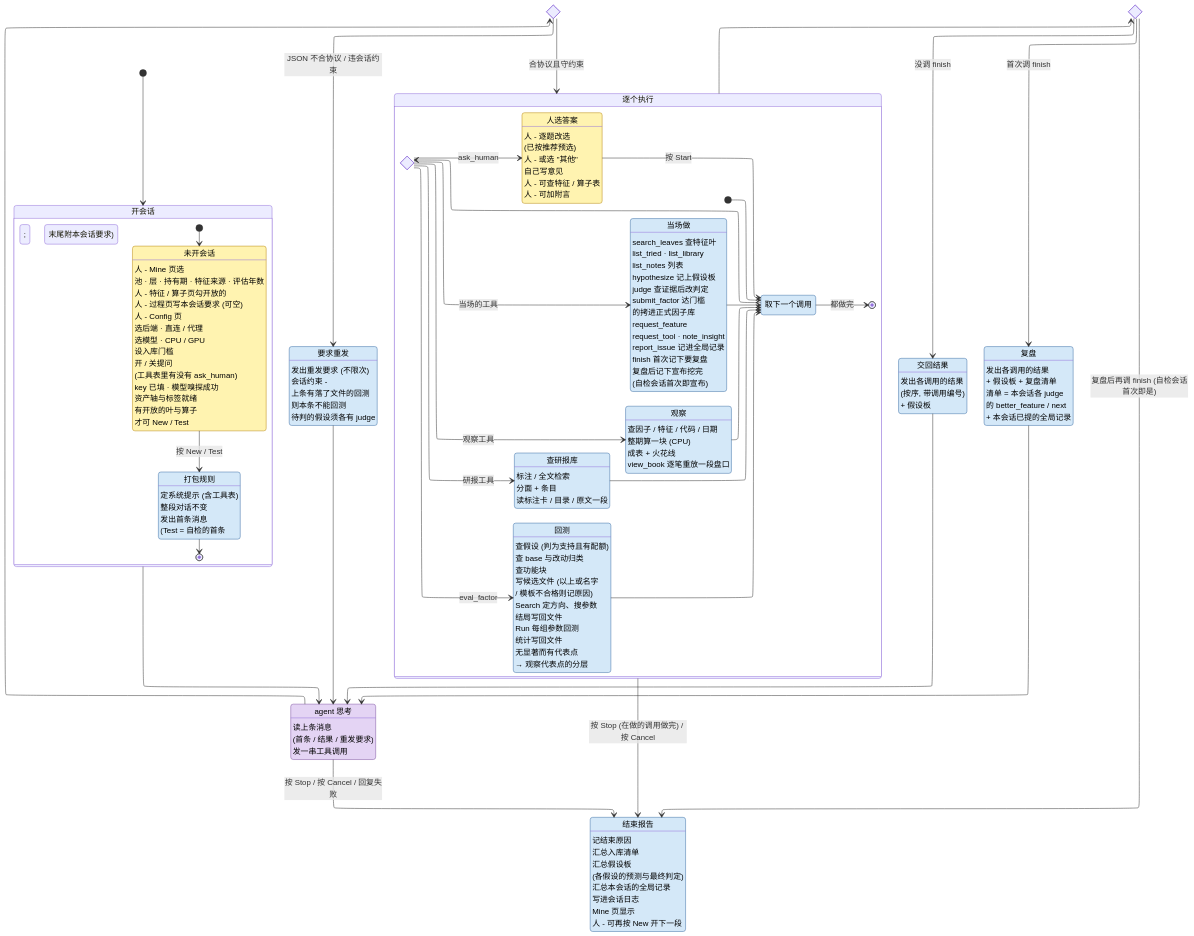
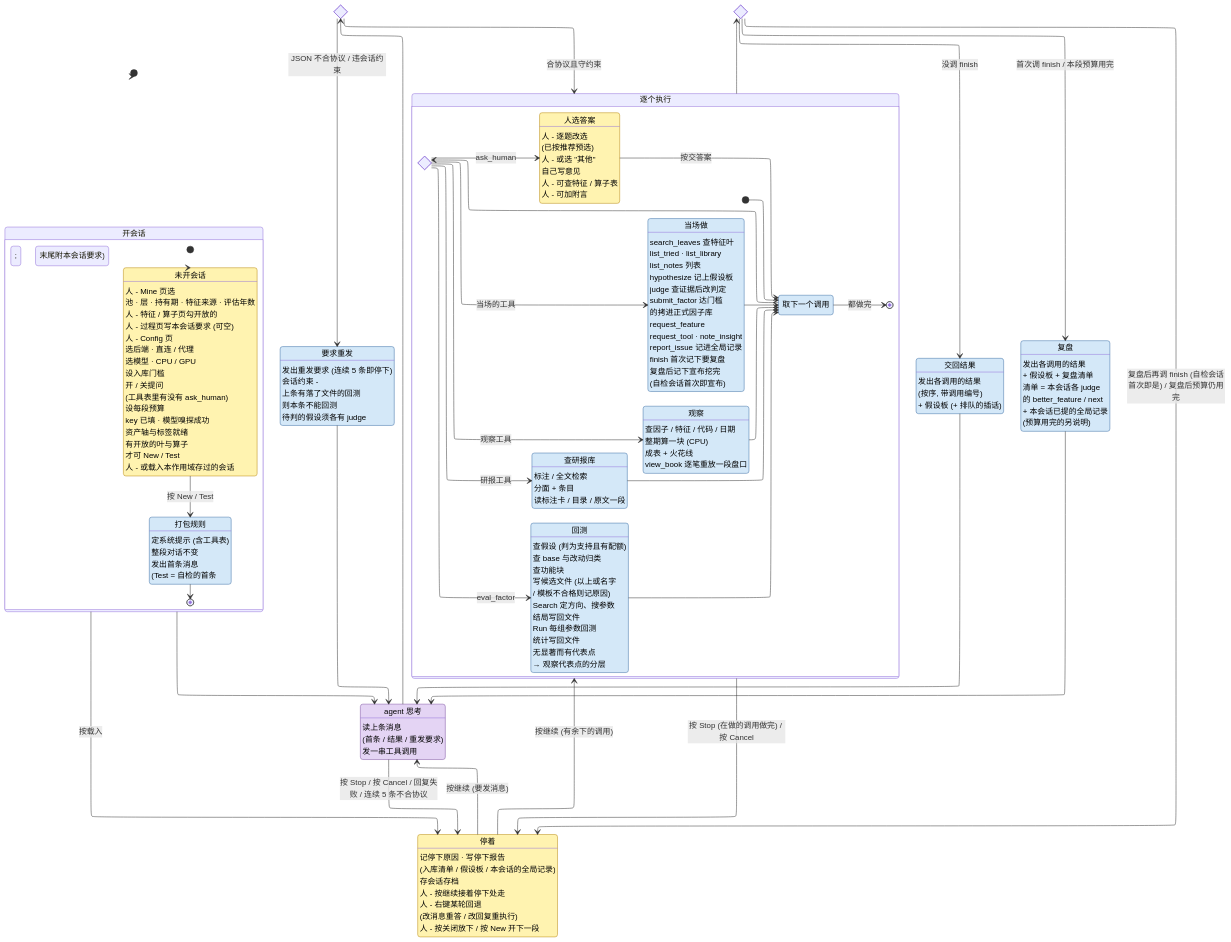
Before and after one commit to CoCoMilkyWay/stk: the diagram in AGENT.md, drawn with Mermaid. The commit also changed other lines of this file and 33 other files, not shown here.

````diff
--- a/AGENT.md
+++ b/AGENT.md
@@ -66,10 +72,12 @@
         None : 设入库门槛
         None : 开 / 关提问
         None : (工具表里有没有 ask_human)
+        None : 设每段预算
         None : key 已填 · 模型嗅探成功
         None : 资产轴与标签就绪
         None : 有开放的叶与算子
         None : 才可 New / Test
+        None : 人 - 或载入本作用域存过的会话
         state "打包规则" as Pack
         Pack : 定系统提示 (含工具表)
         Pack : 整段对话不变
@@ -87,7 +95,7 @@
     Think : 发一串工具调用
     state Format <<choice>>
     state "要求重发" as Retry
-    Retry : 发出重发要求 (不限次)
+    Retry : 发出重发要求 (连续 5 条即停下)
     Retry : 会话约束 -
     Retry : 上条有落了文件的回测
     Retry : 则本条不能回测
@@ -151,50 +159,53 @@
         Look --> Next
         Docs --> Next
         Eval --> Next
-        Choose --> Next : 按 Start
+        Choose --> Next : 按交答案
         Next --> [*] : 都做完
     }
     state Fin <<choice>>
     state "交回结果" as Round
     Round : 发出各调用的结果
     Round : (按序, 带调用编号)
-    Round : + 假设板
+    Round : + 假设板 (+ 排队的插话)
     state "复盘" as Review
     Review : 发出各调用的结果
     Review : + 假设板 + 复盘清单
     Review : 清单 = 本会话各 judge
     Review : 的 better_feature / next
     Review : + 本会话已提的全局记录
+    Review : (预算用完的另说明)
 
-    state "结束报告" as Report
-    Report : 记结束原因
-    Report : 汇总入库清单
-    Report : 汇总假设板
-    Report : (各假设的预测与最终判定)
-    Report : 汇总本会话的全局记录
-    Report : 写进会话日志
-    Report : Mine 页显示
-    Report : 人 - 可再按 New 开下一段
+    state "停着" as Pause
+    Pause : 记停下原因 · 写停下报告
+    Pause : (入库清单 / 假设板 / 本会话的全局记录)
+    Pause : 存会话存档
+    Pause : 人 - 按继续接着停下处走
+    Pause : 人 - 右键某轮回退
+    Pause : (改消息重答 / 改回复重执行)
+    Pause : 人 - 按关闭放下 / 按 New 开下一段
 
     [*] --> GOpen
     GOpen --> Think
+    GOpen --> Pause : 按载入
     Think --> Format
     Format --> Retry : JSON 不合协议 / 违会话约束
     Format --> GAct : 合协议且守约束
     Retry --> Think
     GAct --> Fin
     Fin --> Round : 没调 finish
-    Fin --> Review : 首次调 finish
-    Fin --> Report : 复盘后再调 finish (自检会话首次即是)
+    Fin --> Review : 首次调 finish / 本段预算用完
+    Fin --> Pause : 复盘后再调 finish (自检会话首次即是) / 复盘后预算仍用完
     Round --> Think
     Review --> Think
-    Think --> Report : 按 Stop / 按 Cancel / 回复失败
-    GAct --> Report : 按 Stop (在做的调用做完) / 按 Cancel
+    Think --> Pause : 按 Stop / 按 Cancel / 回复失败 / 连续 5 条不合协议
+    GAct --> Pause : 按 Stop (在做的调用做完) / 按 Cancel
+    Pause --> Think : 按继续 (要发消息)
+    Pause --> GAct : 按继续 (有余下的调用)
 
     classDef human fill:#fff3b0,stroke:#b8860b,color:#000
     classDef agent fill:#e4d4f4,stroke:#7b4fa0,color:#000
     classDef sys fill:#d4e8f8,stroke:#3a6ea5,color:#000
-    class None, Choose human
+    class None, Choose, Pause human
     class Think agent
-    class Pack, Retry, Next, Now, Look, Docs, Eval, Round, Review, Report sys
+    class Pack, Retry, Next, Now, Look, Docs, Eval, Round, Review sys
 ```
````
